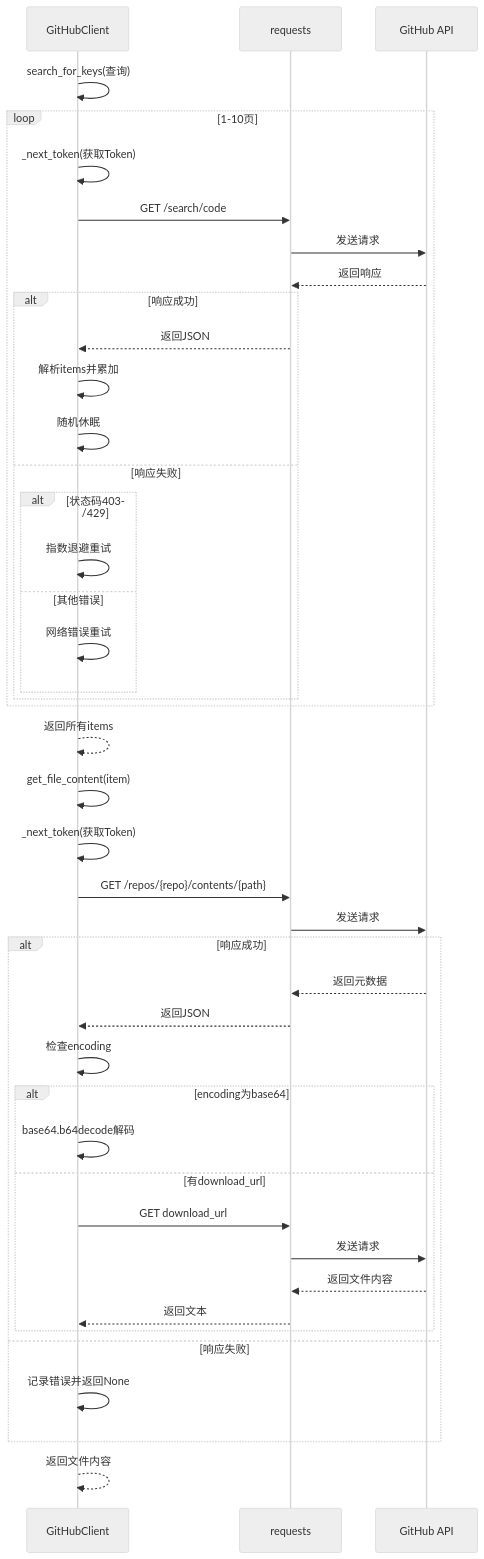
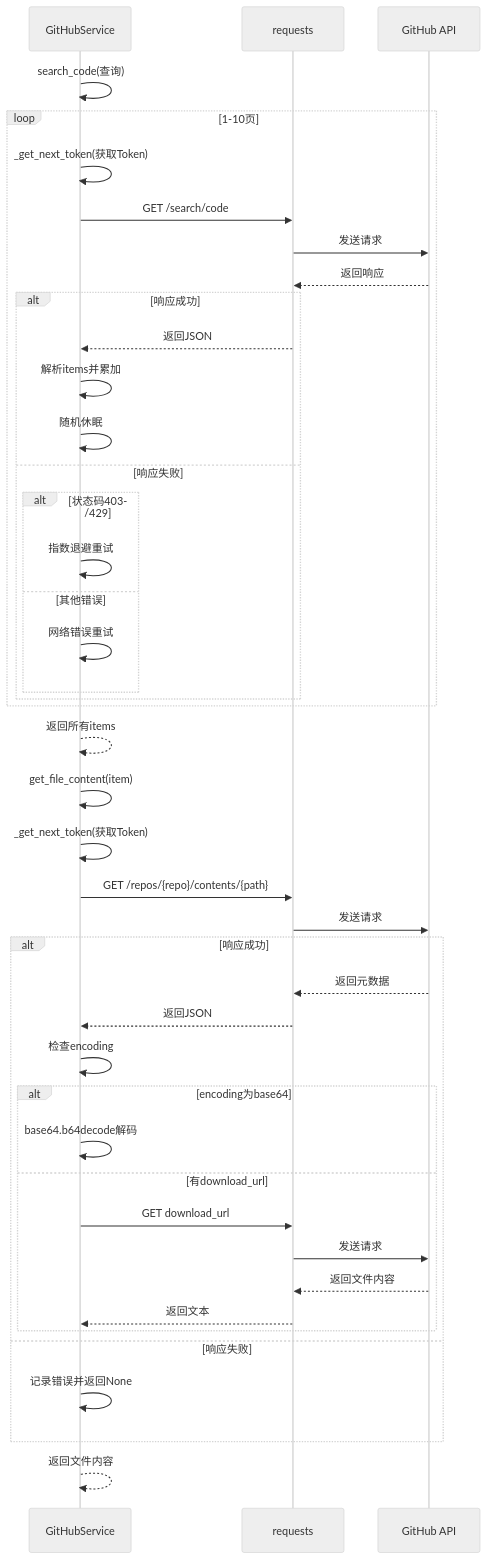
The sixth of 7 diagrams in .qoder/repowiki/zh/content/开发者指南/代码架构与模块设计/代码架构与模块设计.md (james-6-23/APIKEY-king), drawn with Mermaid (neutral theme) before and after one commit. The commit also changed other lines of this file and 49 other files, not shown here.

````diff
--- a/.qoder/repowiki/zh/content/开发者指南/代码架构与模块设计/代码架构与模块设计.md
+++ b/.qoder/repowiki/zh/content/开发者指南/代码架构与模块设计/代码架构与模块设计.md
@@ -287,45 +278,45 @@
 ```mermaid
 sequenceDiagram
-participant Client as GitHubClient
+participant Service as GitHubService
 participant Request as requests
 participant GitHubAPI as GitHub API
-Client->>Client : search_for_keys(查询)
+Service->>Service : search_code(查询)
 loop 1-10页
-Client->>Client : _next_token(获取Token)
-Client->>Request : GET /search/code
+Service->>Service : _get_next_token(获取Token)
+Service->>Request : GET /search/code
 Request->>GitHubAPI : 发送请求
 GitHubAPI-->>Request : 返回响应
 alt 响应成功
-Request-->>Client : 返回JSON
-Client->>Client : 解析items并累加
-Client->>Client : 随机休眠
+Request-->>Service : 返回JSON
+Service->>Service : 解析items并累加
+Service->>Service : 随机休眠
 else 响应失败
 alt 状态码403/429
-Client->>Client : 指数退避重试
+Service->>Service : 指数退避重试
 else 其他错误
-Client->>Client : 网络错误重试
+Service->>Service : 网络错误重试
 end
 end
 end
-Client-->>Client : 返回所有items
-Client->>Client : get_file_content(item)
-Client->>Client : _next_token(获取Token)
-Client->>Request : GET /repos/{repo}/contents/{path}
+Service-->>Service : 返回所有items
+Service->>Service : get_file_content(item)
+Service->>Service : _get_next_token(获取Token)
+Service->>Request : GET /repos/{repo}/contents/{path}
 Request->>GitHubAPI : 发送请求
 alt 响应成功
 GitHubAPI-->>Request : 返回元数据
-Request-->>Client : 返回JSON
-Client->>Client : 检查encoding
+Request-->>Service : 返回JSON
+Service->>Service : 检查encoding
 alt encoding为base64
-Client->>Client : base64.b64decode解码
+Service->>Service : base64.b64decode解码
 else 有download_url
-Client->>Request : GET download_url
+Service->>Request : GET download_url
 Request->>GitHubAPI : 发送请求
 GitHubAPI-->>Request : 返回文件内容
-Request-->>Client : 返回文本
+Request-->>Service : 返回文本
 end
 else 响应失败
-Client->>Client : 记录错误并返回None
+Service->>Service : 记录错误并返回None
 end
-Client-->>Client : 返回文件内容
+Service-->>Service : 返回文件内容
 ```
````
